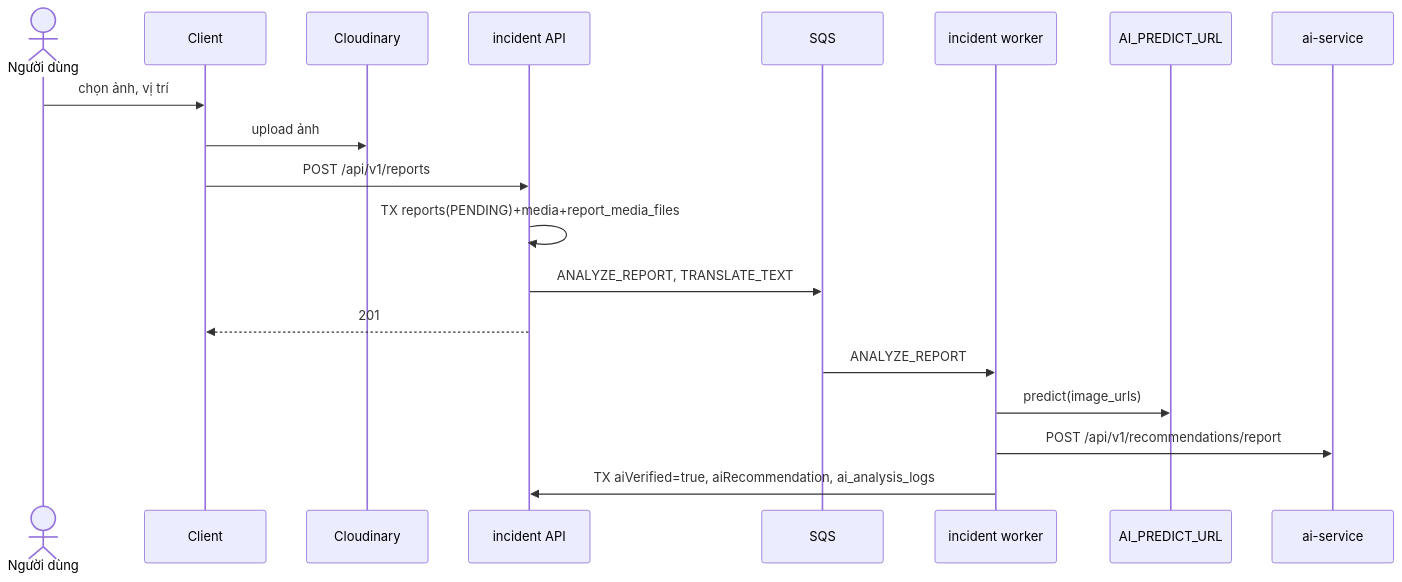
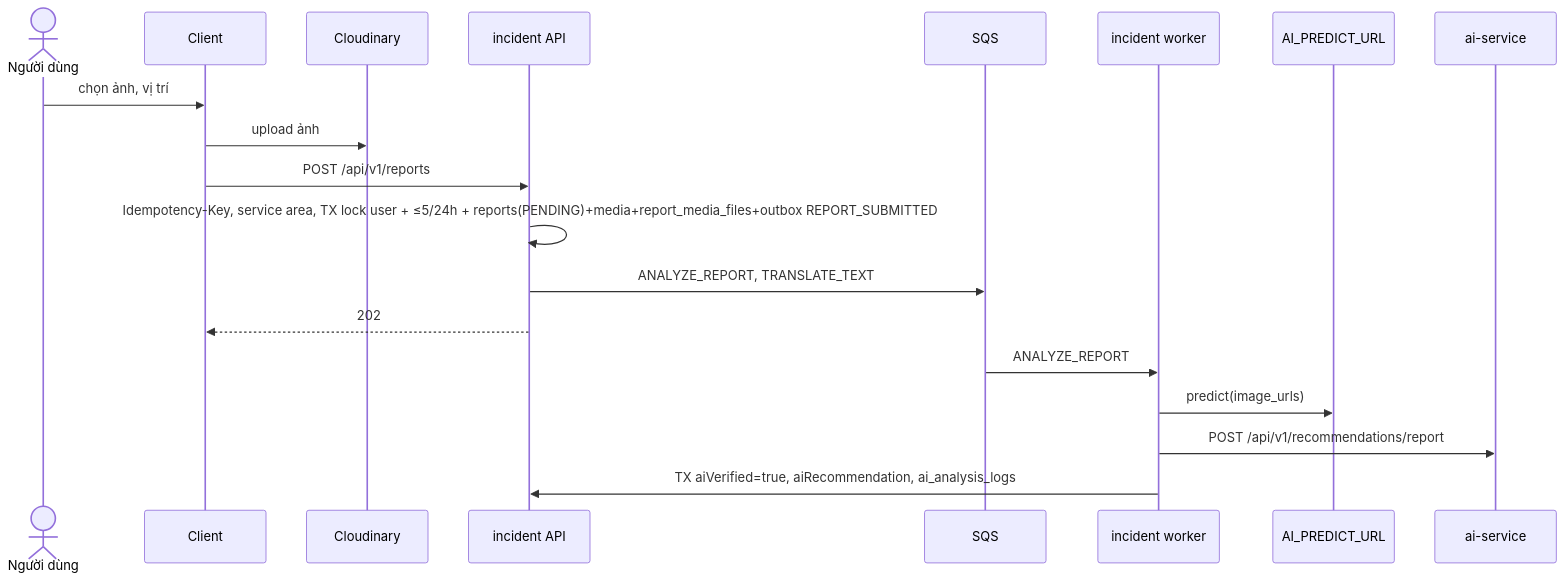
One commit to DOAN2-UQT-KN/ecolink-docs changed diagram 13 of 30 in 02-business-flows.md. Above: the diagram before and after it, drawn with Mermaid. The commit also changed other lines of this file and 4 other files, not shown here.

````diff
--- a/02-business-flows.md
+++ b/02-business-flows.md
@@ -560,21 +561,21 @@
 ```mermaid
 sequenceDiagram
   actor U as Người dùng
   participant FE as Client
   participant CLD as Cloudinary
   participant INC as incident API
   participant Q as SQS
   participant W as incident worker
   participant P as AI_PREDICT_URL
   participant AI as ai-service
   U->>FE: chọn ảnh, vị trí
   FE->>CLD: upload ảnh
   FE->>INC: POST /api/v1/reports
-  INC->>INC: TX reports(PENDING)+media+report_media_files
+  INC->>INC: Idempotency-Key, service area, TX lock user + ≤5/24h + reports(PENDING)+media+report_media_files+outbox REPORT_SUBMITTED
   INC->>Q: ANALYZE_REPORT, TRANSLATE_TEXT
-  INC-->>FE: 201
+  INC-->>FE: 202
   Q->>W: ANALYZE_REPORT
   W->>P: predict(image_urls)
   W->>AI: POST /api/v1/recommendations/report
   W->>INC: TX aiVerified=true, aiRecommendation, ai_analysis_logs
 ```
````
